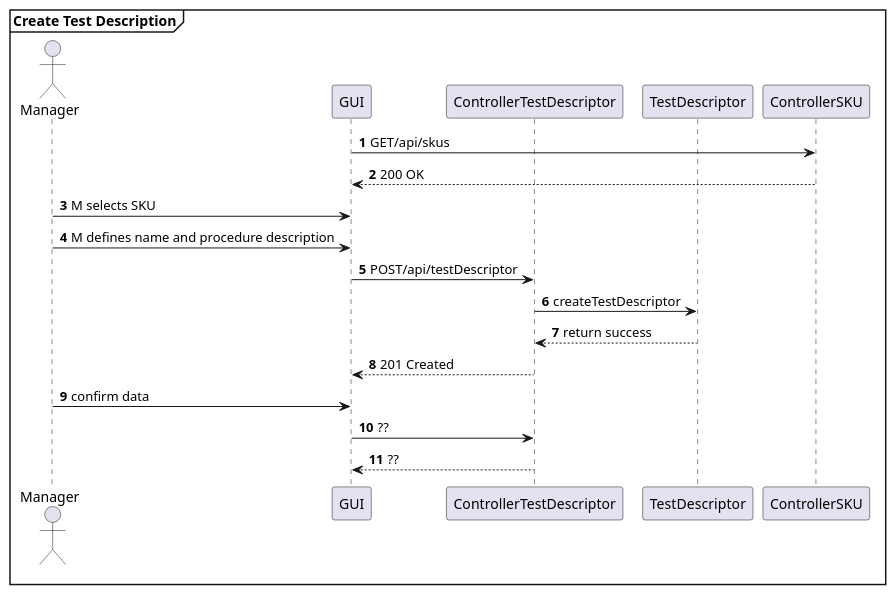
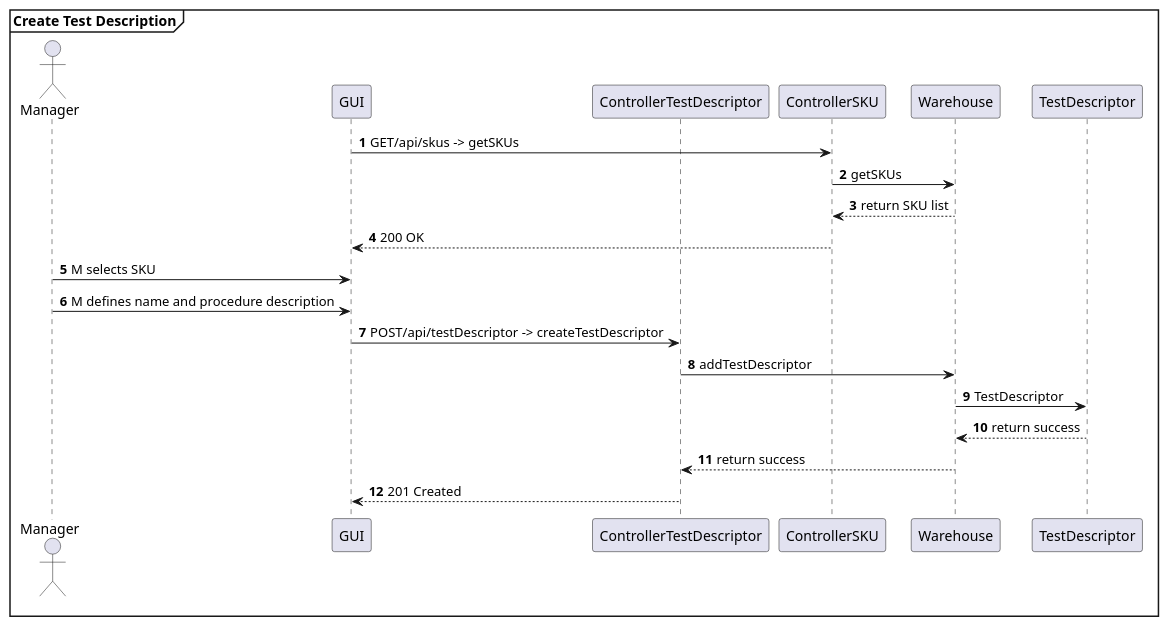
Before and after one commit to AlexZampa/EzWh: diagram 30 of 32 in DesignDocument.md, drawn with PlantUML. The commit also changed other lines of this file, not shown here.

````diff
--- a/DesignDocument.md
+++ b/DesignDocument.md
@@ -1398,23 +1399,27 @@
 ```plantuml
+@startuml
 mainframe **Create Test Description**
 actor Manager
 participant GUI
 participant ControllerTestDescriptor
+participant ControllerSKU
+participant Warehouse
 participant TestDescriptor
-participant ControllerSKU
+
 
 autonumber
-GUI -> ControllerSKU : GET/api/skus
+GUI -> ControllerSKU : GET/api/skus -> getSKUs
+ControllerSKU -> Warehouse : getSKUs
+ControllerSKU <-- Warehouse : return SKU list
 GUI <-- ControllerSKU : 200 OK
 Manager -> GUI : M selects SKU
 Manager -> GUI : M defines name and procedure description
-GUI -> ControllerTestDescriptor : POST/api/testDescriptor
-ControllerTestDescriptor -> TestDescriptor : createTestDescriptor
-ControllerTestDescriptor <-- TestDescriptor : return success
+GUI -> ControllerTestDescriptor : POST/api/testDescriptor -> createTestDescriptor
+ControllerTestDescriptor -> Warehouse : addTestDescriptor
+Warehouse -> TestDescriptor : TestDescriptor
+Warehouse <-- TestDescriptor : return success
+ControllerTestDescriptor <-- Warehouse : return success
 GUI <-- ControllerTestDescriptor : 201 Created
-Manager -> GUI : confirm data
-GUI -> ControllerTestDescriptor : ??
-GUI <-- ControllerTestDescriptor : ??
 
 @enduml
 ```
````
